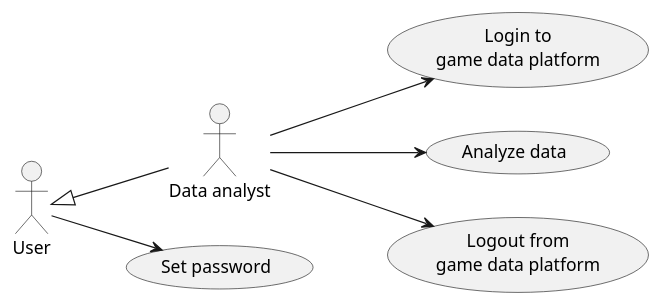
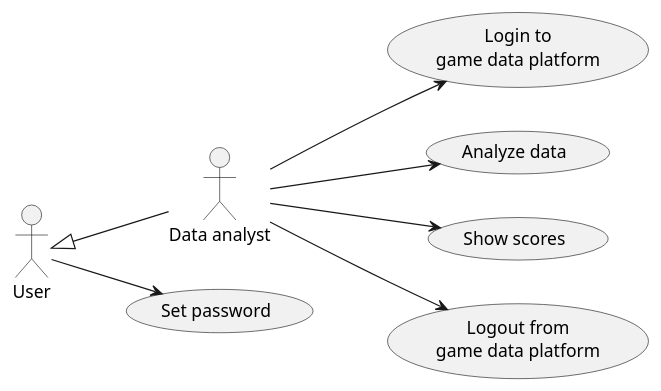
One commit to averbraeck/gscg-design changed the diagram in doc/1-use-cases/diagrams/game-data-analysis.puml. Above: the diagram before and after it, drawn with PlantUML. The commit also changed 2 other files, not shown here.

Commit message:
Make "show scores" an <<include>> activity; add "trigger intervention"

```diff
--- a/doc/1-use-cases/diagrams/game-data-analysis.puml
+++ b/doc/1-use-cases/diagrams/game-data-analysis.puml
@@ -1,13 +1,14 @@
 @startuml
 left to right direction
 
 "Data analyst" as DA
 User <|-- DA
 
 User --> (Set password)
 
 DA --> (Login to\ngame data platform)
 DA --> (Analyze data)
+DA --> (Show scores)
 DA --> (Logout from\ngame data platform)
 
 @enduml
```
